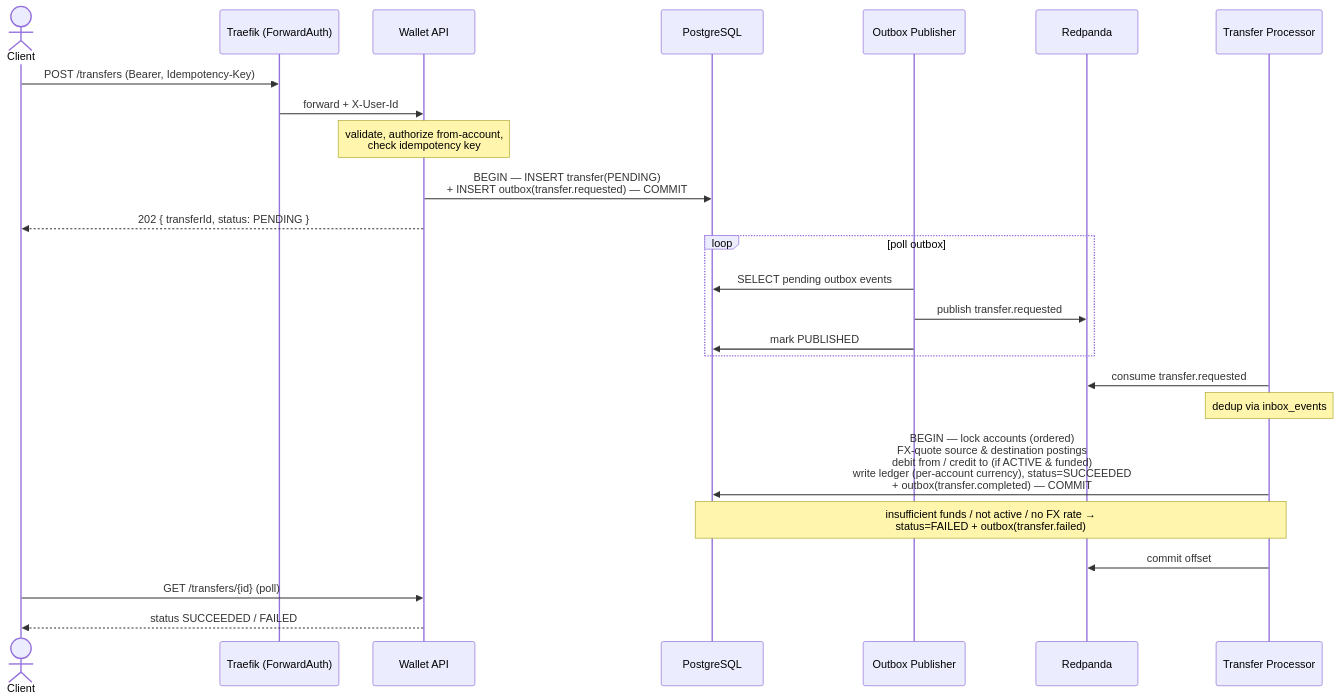
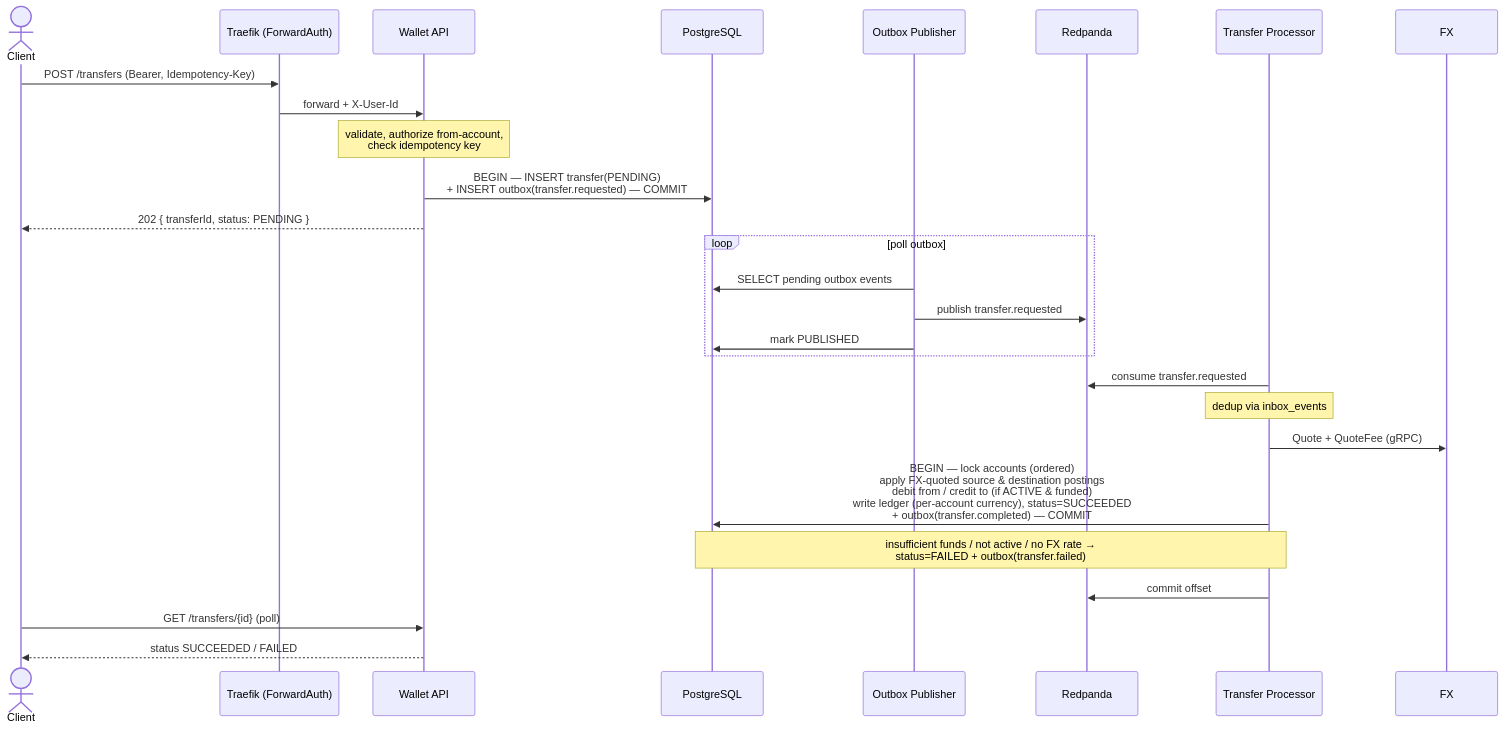
One commit to Phathdt/transx changed the second of 5 diagrams in README.md. Above: the diagram before and after it, drawn with Mermaid. The commit also changed other lines of this file and 29 other files, not shown here.

````diff
--- a/README.md
+++ b/README.md
@@ -301,31 +321,32 @@
 ```mermaid
 sequenceDiagram
     actor C as Client
     participant GW as Traefik (ForwardAuth)
     participant API as Wallet API
     participant DB as PostgreSQL
     participant PUB as Outbox Publisher
     participant RP as Redpanda
     participant PR as Transfer Processor
 
     C->>GW: POST /transfers (Bearer, Idempotency-Key)
     GW->>API: forward + X-User-Id
     Note over API: validate, authorize from-account,<br/>check idempotency key
     API->>DB: BEGIN — INSERT transfer(PENDING)<br/>+ INSERT outbox(transfer.requested) — COMMIT
     API-->>C: 202 { transferId, status: PENDING }
 
     loop poll outbox
         PUB->>DB: SELECT pending outbox events
         PUB->>RP: publish transfer.requested
         PUB->>DB: mark PUBLISHED
     end
 
     PR->>RP: consume transfer.requested
     Note over PR: dedup via inbox_events
-    PR->>DB: BEGIN — lock accounts (ordered)<br/>FX-quote source & destination postings<br/>debit from / credit to (if ACTIVE & funded)<br/>write ledger (per-account currency), status=SUCCEEDED<br/>+ outbox(transfer.completed) — COMMIT
+    PR->>FX: Quote + QuoteFee (gRPC)
+    PR->>DB: BEGIN — lock accounts (ordered)<br/>apply FX-quoted source & destination postings<br/>debit from / credit to (if ACTIVE & funded)<br/>write ledger (per-account currency), status=SUCCEEDED<br/>+ outbox(transfer.completed) — COMMIT
     Note over PR,DB: insufficient funds / not active / no FX rate →<br/>status=FAILED + outbox(transfer.failed)
     PR->>RP: commit offset
 
     C->>API: GET /transfers/{id} (poll)
     API-->>C: status SUCCEEDED / FAILED
 ```
````
